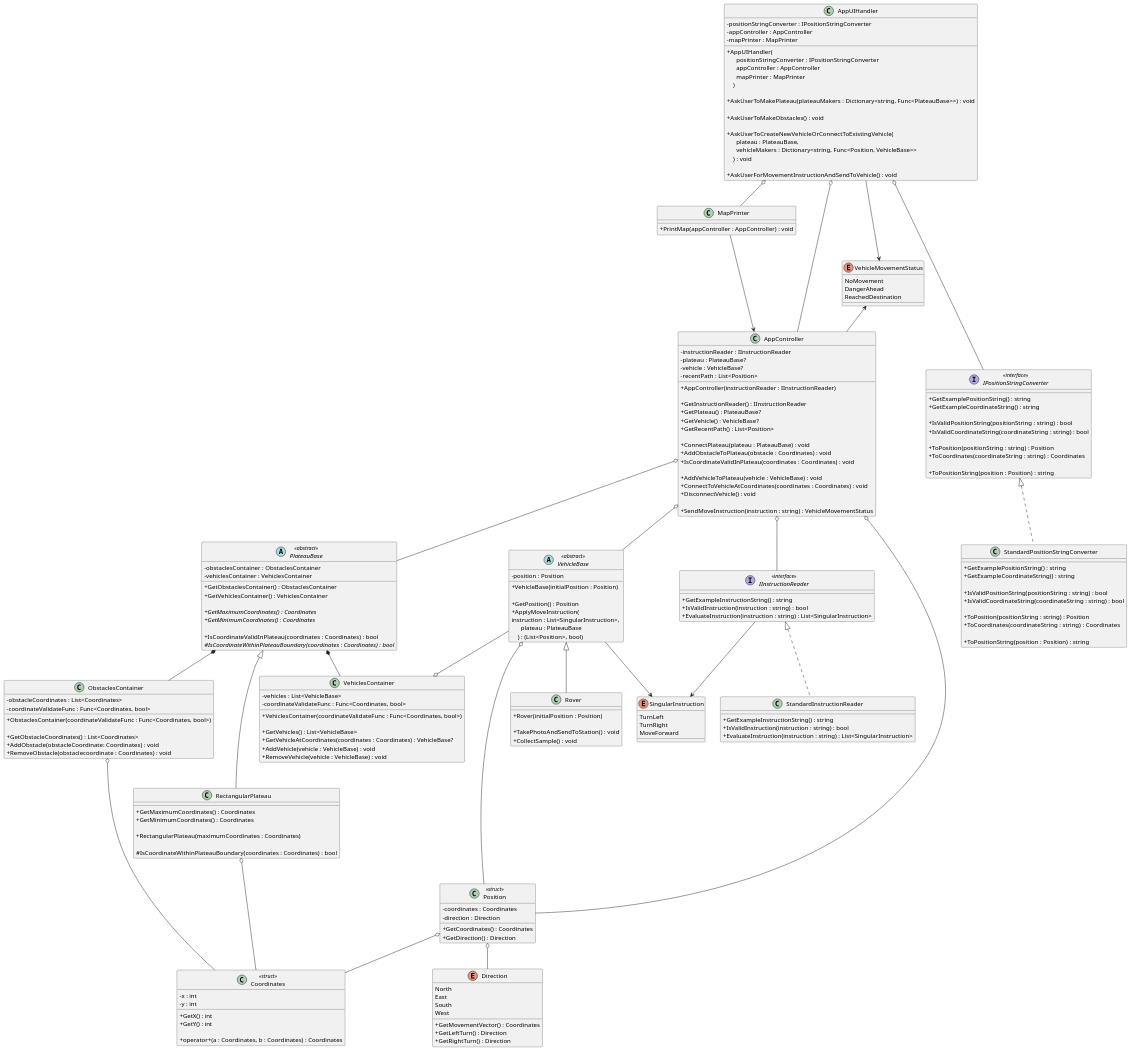
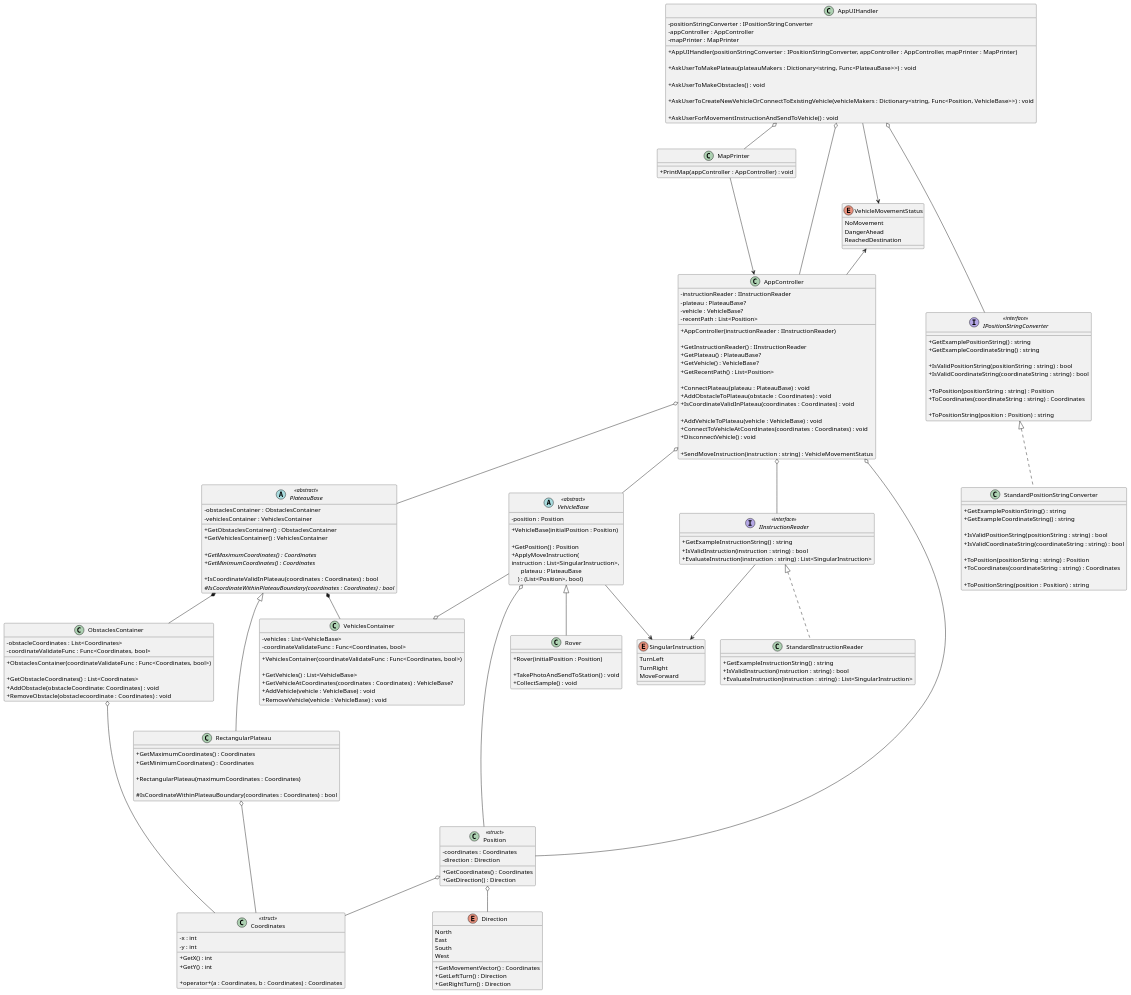
The diagram in diagrams/MarsRoverChallenge.puml (iamfranco/MarsRoverChallenge), drawn with PlantUML before and after one commit. The commit also changed 1 other file, not shown here.

Commit message:
UML: make AppUIHandler methods signature fit in one line

```diff
--- a/diagrams/MarsRoverChallenge.puml
+++ b/diagrams/MarsRoverChallenge.puml
@@ -12,20 +12,13 @@
   - appController : AppController
   - mapPrinter : MapPrinter
 
-  + AppUIHandler( \n\
-      positionStringConverter : IPositionStringConverter \n\
-      appController : AppController \n\
-      mapPrinter : MapPrinter \n\
-    )
+  + AppUIHandler(positionStringConverter : IPositionStringConverter, appController : AppController, mapPrinter : MapPrinter)
 
   + AskUserToMakePlateau(plateauMakers : Dictionary<string, Func<PlateauBase>>) : void
   
   + AskUserToMakeObstacles() : void
 
-  + AskUserToCreateNewVehicleOrConnectToExistingVehicle( \n\
-      plateau : PlateauBase, \n\
-      vehicleMakers : Dictionary<string, Func<Position, VehicleBase>> \n\
-    ) : void
+  + AskUserToCreateNewVehicleOrConnectToExistingVehicle(vehicleMakers : Dictionary<string, Func<Position, VehicleBase>>) : void
 
   + AskUserForMovementInstructionAndSendToVehicle() : void
 }
```
